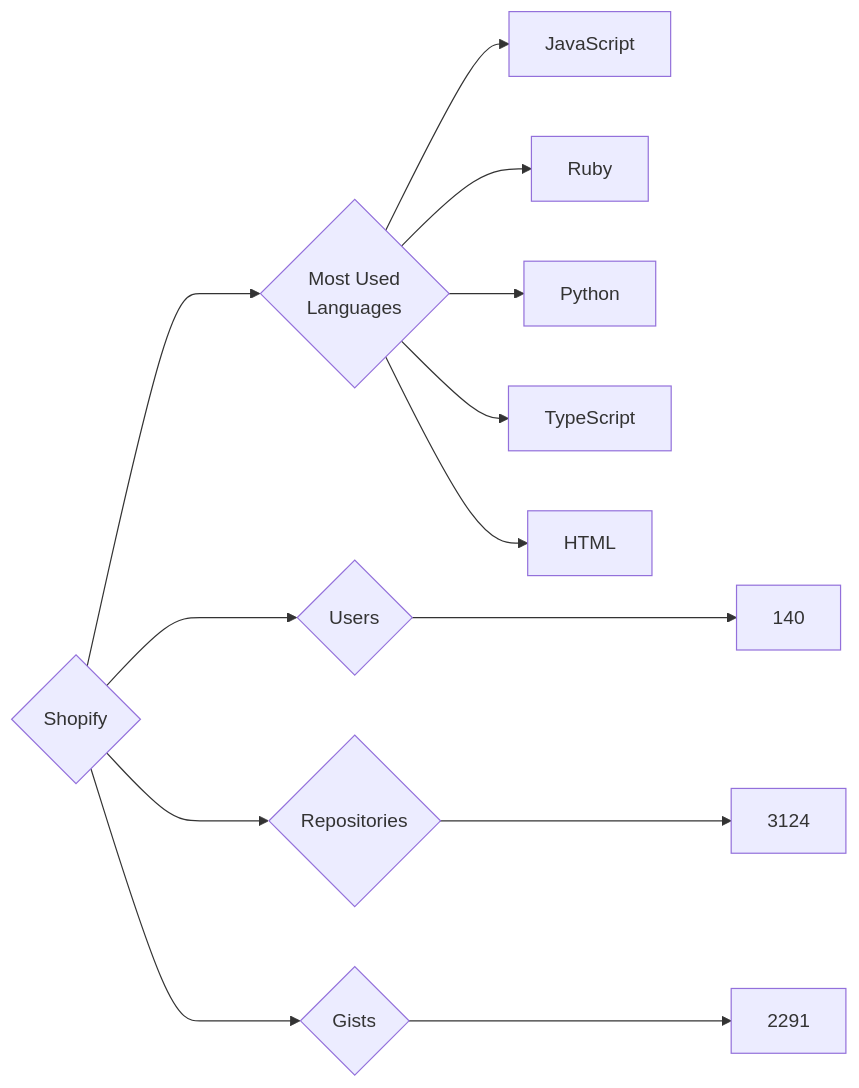
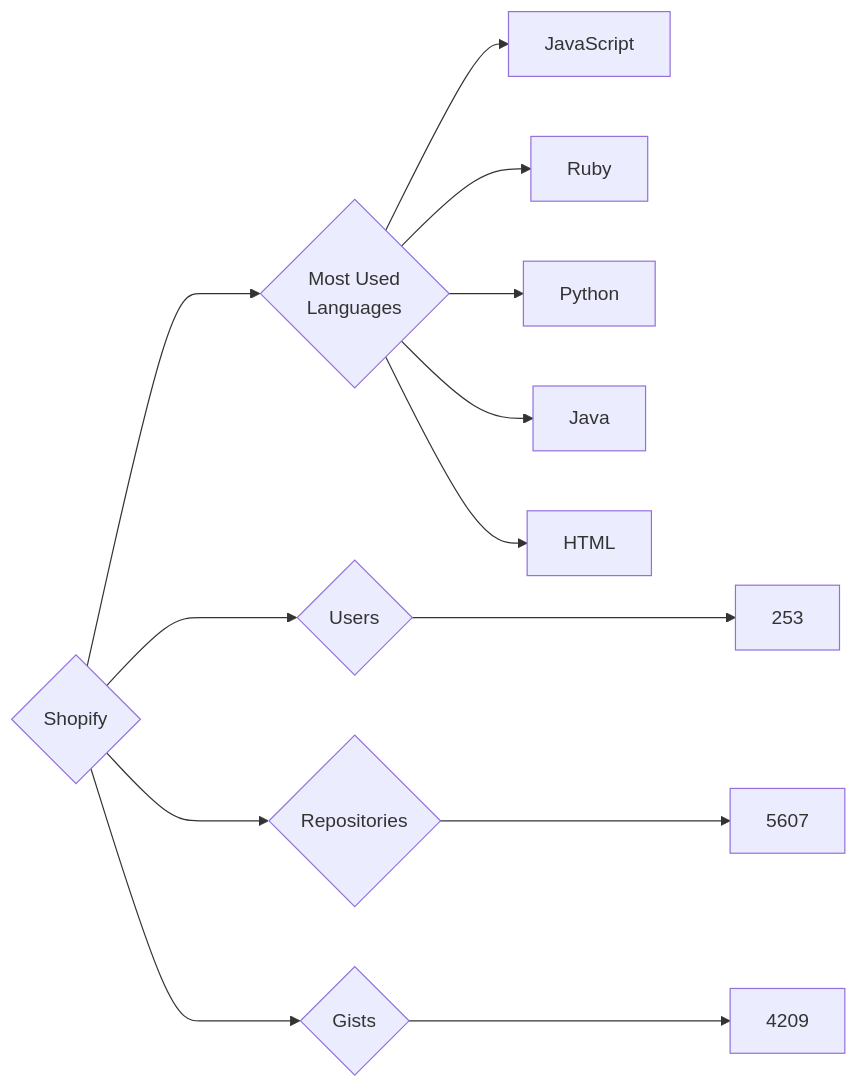
Before and after one commit to trickest/insiders: the diagram in targets/Shopify/README.md, drawn with Mermaid. The commit also changed 799 other files, not shown here.

````diff
--- a/targets/Shopify/README.md
+++ b/targets/Shopify/README.md
@@ -3,13 +3,13 @@
 ```mermaid
 graph LR
 COMPANY_NAME{Shopify}
-COMPANY_NAME ---> U{Users} ---> UN[140]
-COMPANY_NAME ---> R{Repositories} ---> RN[3124]
-COMPANY_NAME ---> G{Gists} ---> GN[2291]
+COMPANY_NAME ---> U{Users} ---> UN[253]
+COMPANY_NAME ---> R{Repositories} ---> RN[5607]
+COMPANY_NAME ---> G{Gists} ---> GN[4209]
 COMPANY_NAME ---> ML{Most Used<br>Languages}
 ML --> JavaScript[JavaScript]
 ML --> Ruby[Ruby]
 ML --> Python[Python]
-ML --> TypeScript[TypeScript]
+ML --> Java[Java]
 ML --> HTML[HTML]
 ```
````
